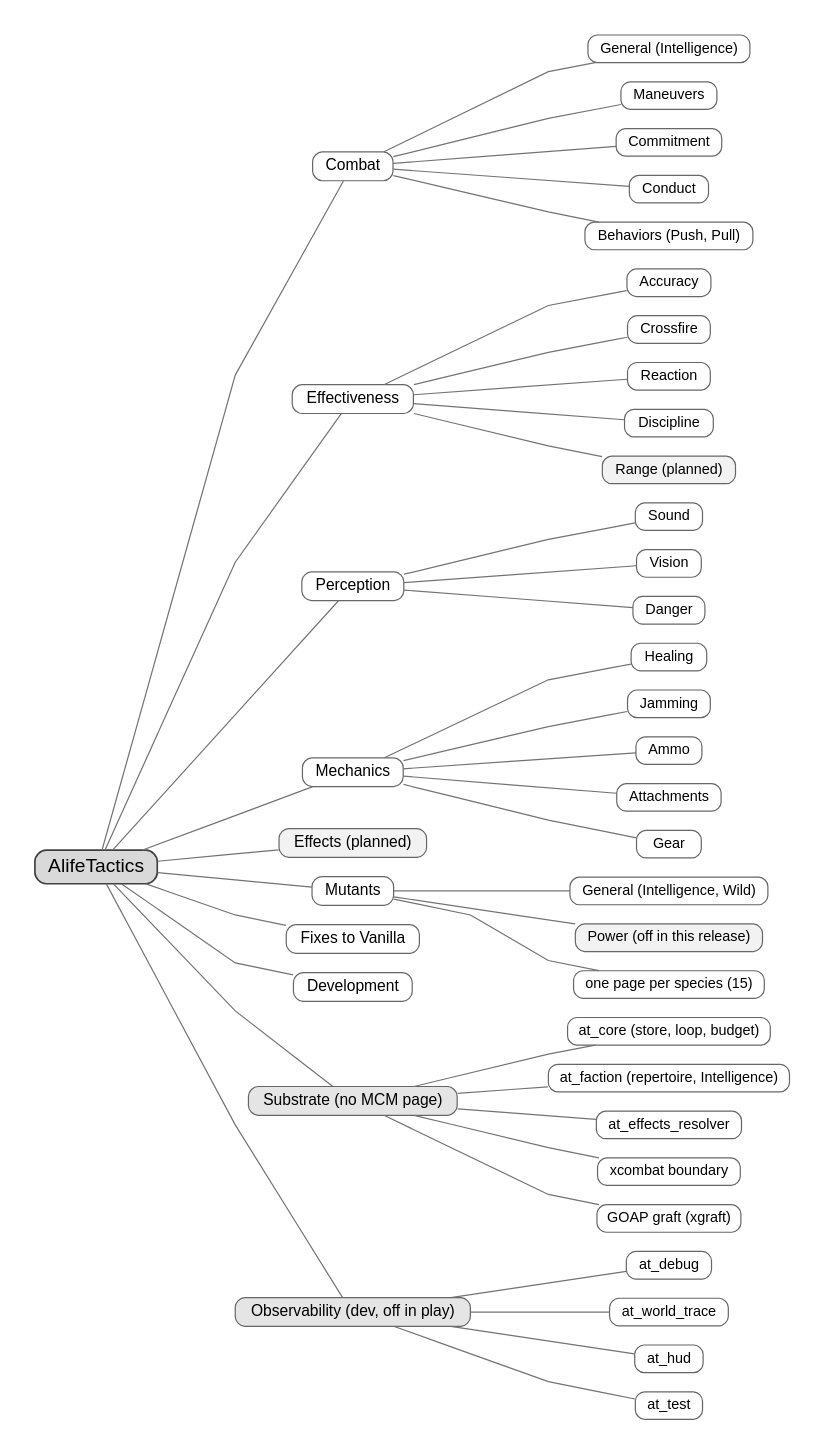
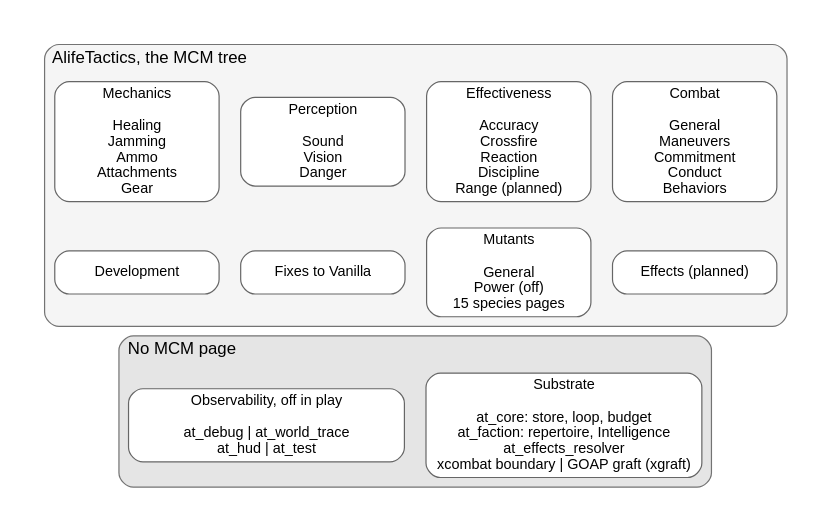
One commit to damiansirbu-stalker/AlifeTactics changed the diagram in doc/img/container.dot. Above: the diagram before and after it, drawn with Graphviz. The commit also changed 1 other file, not shown here.

Commit message:
docs(architecture): compact the container diagram to one box per mcm tab

```diff
--- a/doc/img/container.dot
+++ b/doc/img/container.dot
@@ -1,64 +1,47 @@
 digraph at_container {
     // C4 level 2: the containers. The user-facing set IS the MCM tree (at_mcm.script),
-    // same grouping, order, and names. Substrate and Observability carry no MCM page.
-    rankdir=LR
-    splines=polyline
+    // same grouping, order, and names: one box per tab, its pages listed inside, in reading order.
+    // Substrate and Observability carry no MCM page. Invisible edges only stack the rows.
+    rankdir=TB
     pad=0.3
-    nodesep=0.22
-    ranksep=0.9
-    graph [fontname="Arial", fontsize=15]
-    node  [shape=box, style="rounded,filled", fillcolor=white,
-           color=gray40, fontname="Arial", fontsize=13, margin="0.14,0.07", height=0.32]
-    edge  [arrowhead=none, color=gray45]
+    nodesep=0.25
+    ranksep=0.3
+    newrank=true
+    graph [fontname="Arial", fontsize=14]
+    node  [shape=box, style="rounded,filled", fillcolor=white, width=1.9,
+           color=gray40, fontname="Arial", fontsize=12, margin="0.12,0.06"]
+    edge  [style=invis]
 
-    root [label="AlifeTactics", fillcolor=gray85, color=gray25, penwidth=1.4, fontsize=16]
+    subgraph cluster_mcm {
+        label="AlifeTactics, the MCM tree"
+        labeljust=l
+        style="rounded,filled"
+        fillcolor=gray96
+        color=gray45
+        combat  [label="Combat\n\nGeneral\nManeuvers\nCommitment\nConduct\nBehaviors"]
+        effect  [label="Effectiveness\n\nAccuracy\nCrossfire\nReaction\nDiscipline\nRange (planned)"]
+        percep  [label="Perception\n\nSound\nVision\nDanger"]
+        mechan  [label="Mechanics\n\nHealing\nJamming\nAmmo\nAttachments\nGear"]
+        effects [label="Effects (planned)"]
+        mutants [label="Mutants\n\nGeneral\nPower (off)\n15 species pages"]
+        fixes   [label="Fixes to Vanilla"]
+        devel   [label="Development"]
+        {rank=same; combat; effect; percep; mechan}
+        {rank=same; effects; mutants; fixes; devel}
+    }
 
-    // MCM categories, in tree order. Grey fill marks a page not live in this release.
-    combat  [label="Combat"]
-    effect  [label="Effectiveness"]
-    percep  [label="Perception"]
-    mechan  [label="Mechanics"]
-    effects [label="Effects (planned)", fillcolor=gray95]
-    mutants [label="Mutants"]
-    fixes   [label="Fixes to Vanilla"]
-    devel   [label="Development"]
+    subgraph cluster_support {
+        label="No MCM page"
+        labeljust=l
+        style="rounded,filled"
+        fillcolor=gray90
+        color=gray45
+        substrate [label="Substrate\n\nat_core: store, loop, budget\nat_faction: repertoire, Intelligence\nat_effects_resolver\nxcombat boundary | GOAP graft (xgraft)", width=3.2]
+        observ    [label="Observability, off in play\n\nat_debug | at_world_trace\nat_hud | at_test", width=3.2]
+        {rank=same; substrate; observ}
+    }
 
-    // Support containers, no MCM page.
-    substrate [label="Substrate (no MCM page)", fillcolor=gray90]
-    observ    [label="Observability (dev, off in play)", fillcolor=gray90]
-
-    root -> combat
-    root -> effect
-    root -> percep
-    root -> mechan
-    root -> effects
-    root -> mutants
-    root -> fixes
-    root -> devel
-    root -> substrate
-    root -> observ
-
-    node [fontsize=12, fillcolor=white]
-
-    c0 [label="General (Intelligence)"]; c1 [label="Maneuvers"]; c2 [label="Commitment"]; c3 [label="Conduct"]; c4 [label="Behaviors (Push, Pull)"]
-    combat -> c0; combat -> c1; combat -> c2; combat -> c3; combat -> c4
-
-    e1 [label="Accuracy"]; e2 [label="Crossfire"]; e3 [label="Reaction"]; e4 [label="Discipline"]; e5 [label="Range (planned)", fillcolor=gray95]
-    effect -> e1; effect -> e2; effect -> e3; effect -> e4; effect -> e5
-
-    p1 [label="Sound"]; p2 [label="Vision"]; p3 [label="Danger"]
-    percep -> p1; percep -> p2; percep -> p3
-
-    m1 [label="Healing"]; m2 [label="Jamming"]; m3 [label="Ammo"]; m4 [label="Attachments"]; m5 [label="Gear"]
-    mechan -> m1; mechan -> m2; mechan -> m3; mechan -> m4; mechan -> m5
-
-    u1 [label="General (Intelligence, Wild)"]; u2 [label="Power (off in this release)", fillcolor=gray95]; u3 [label="one page per species (15)"]
-    mutants -> u1; mutants -> u2; mutants -> u3
-
-    s1 [label="at_core (store, loop, budget)"]; s2 [label="at_faction (repertoire, Intelligence)"]
-    s3 [label="at_effects_resolver"]; s4 [label="xcombat boundary"]; s5 [label="GOAP graft (xgraft)"]
-    substrate -> s1; substrate -> s2; substrate -> s3; substrate -> s4; substrate -> s5
-
-    o1 [label="at_debug"]; o2 [label="at_world_trace"]; o3 [label="at_hud"]; o4 [label="at_test"]
-    observ -> o1; observ -> o2; observ -> o3; observ -> o4
+    combat -> effects; effect -> mutants; percep -> fixes; mechan -> devel
+    combat -> effect -> percep -> mechan [constraint=false]
+    mutants -> substrate; fixes -> observ
 }
```
